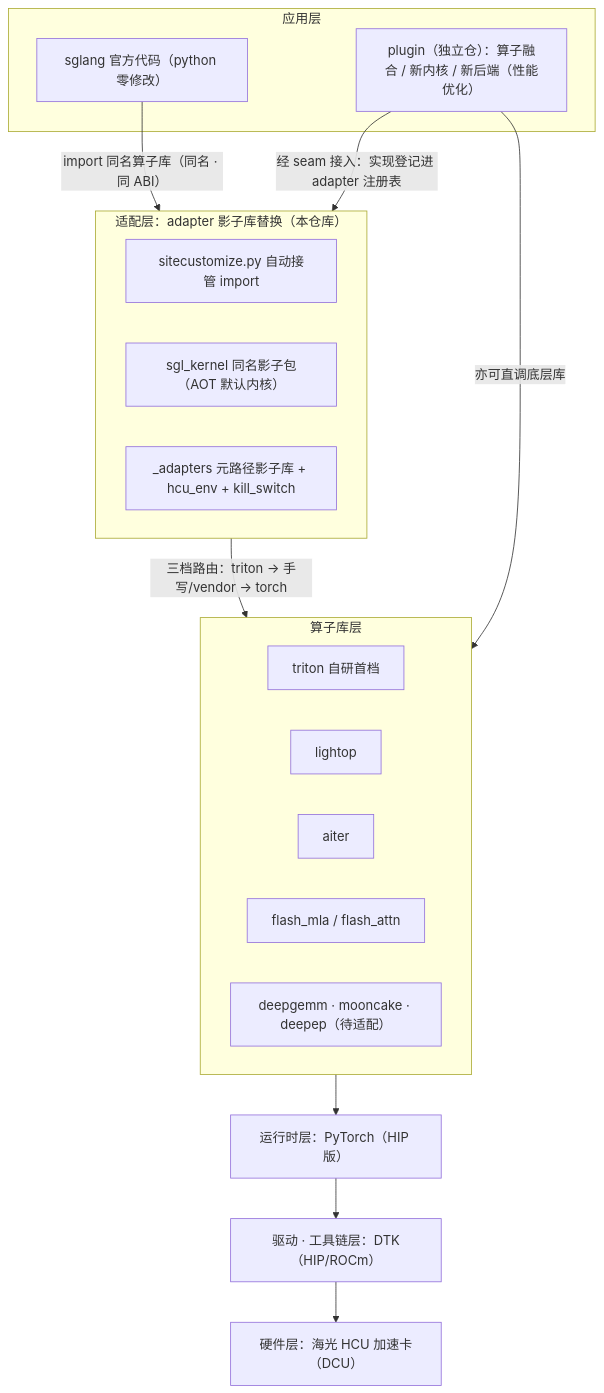
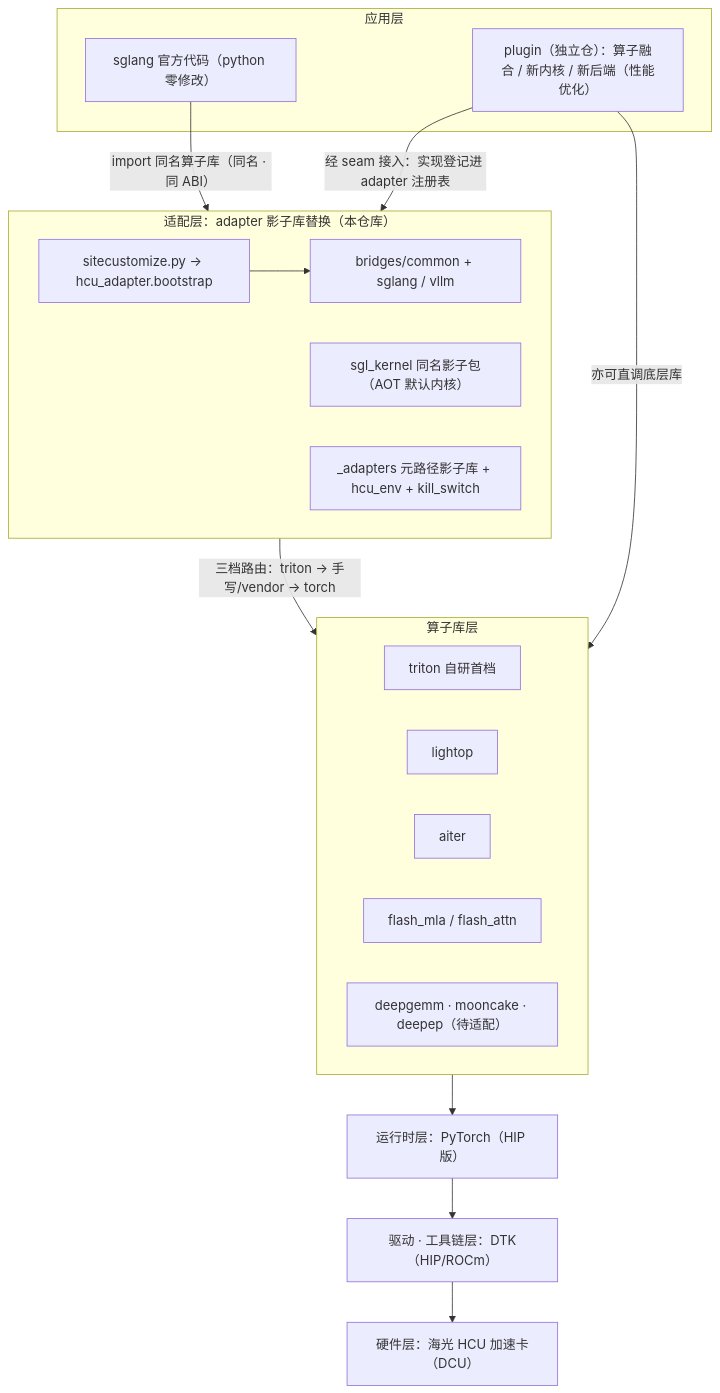
Before and after one commit to 463975089/adapter-das: the first of 3 diagrams in docs/architecture.md, drawn with Mermaid. The commit also changed other lines of this file and 5 other files, not shown here.

Commit message:
packaging: ship multi-host adapter modules

````diff
--- a/docs/architecture.md
+++ b/docs/architecture.md
@@ -58,26 +61,28 @@
 ```mermaid
 flowchart TB
     subgraph APP["应用层"]
         SGLANG["sglang 官方代码（python 零修改）"]
         PLUGIN["plugin（独立仓）：算子融合 / 新内核 / 新后端（性能优化）"]
     end
     subgraph ADPT["适配层：adapter 影子库替换（本仓库）"]
-        SC["sitecustomize.py 自动接管 import"]
+        SC["sitecustomize.py → hcu_adapter.bootstrap"]
+        HOST["bridges/common + sglang / vllm"]
         SK["sgl_kernel 同名影子包（AOT 默认内核）"]
         STUB["_adapters 元路径影子库 + hcu_env + kill_switch"]
     end
+    SC --> HOST
     subgraph OPS["算子库层"]
         TRITON["triton 自研首档"]
         LIGHTOP["lightop"]
         AITER["aiter"]
         FA["flash_mla / flash_attn"]
         TODO["deepgemm · mooncake · deepep（待适配）"]
     end
     SGLANG -->|"import 同名算子库（同名 · 同 ABI）"| ADPT
     PLUGIN -->|"经 seam 接入：实现登记进 adapter 注册表"| ADPT
     PLUGIN -->|"亦可直调底层库"| OPS
     ADPT -->|"三档路由：triton → 手写/vendor → torch"| OPS
     OPS --> TORCH["运行时层：PyTorch（HIP 版）"]
     TORCH --> DTK["驱动 · 工具链层：DTK（HIP/ROCm）"]
     DTK --> HW["硬件层：海光 HCU 加速卡（DCU）"]
 ```
````
